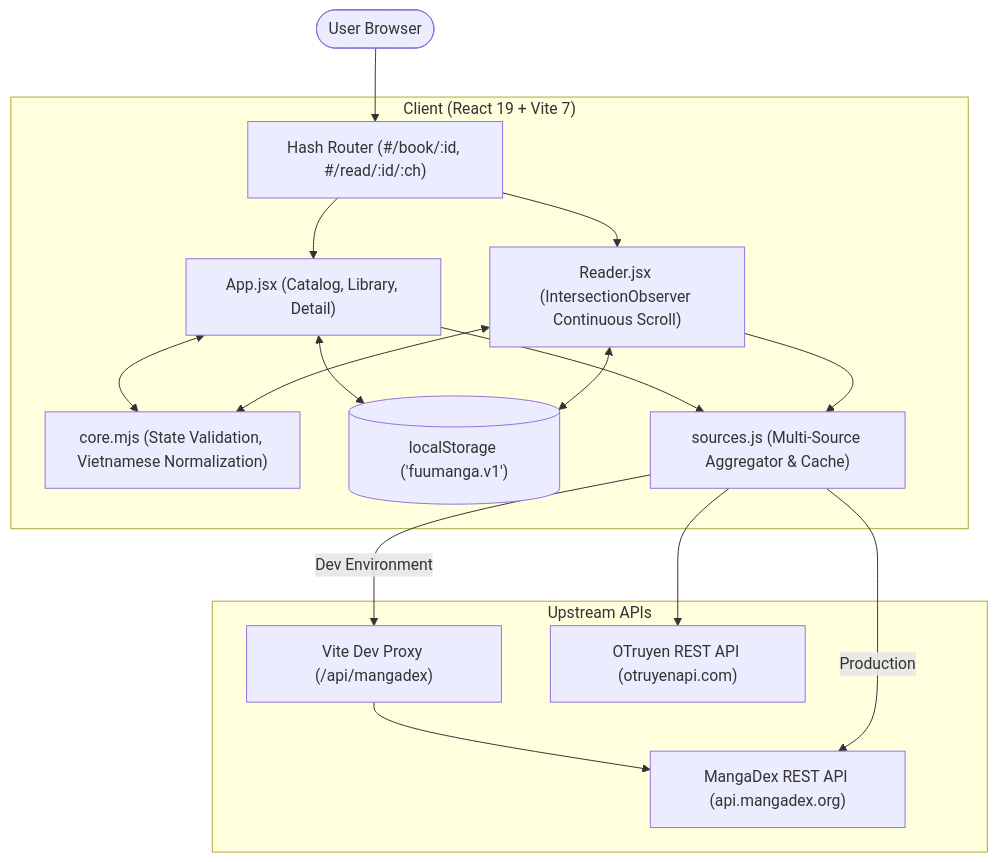
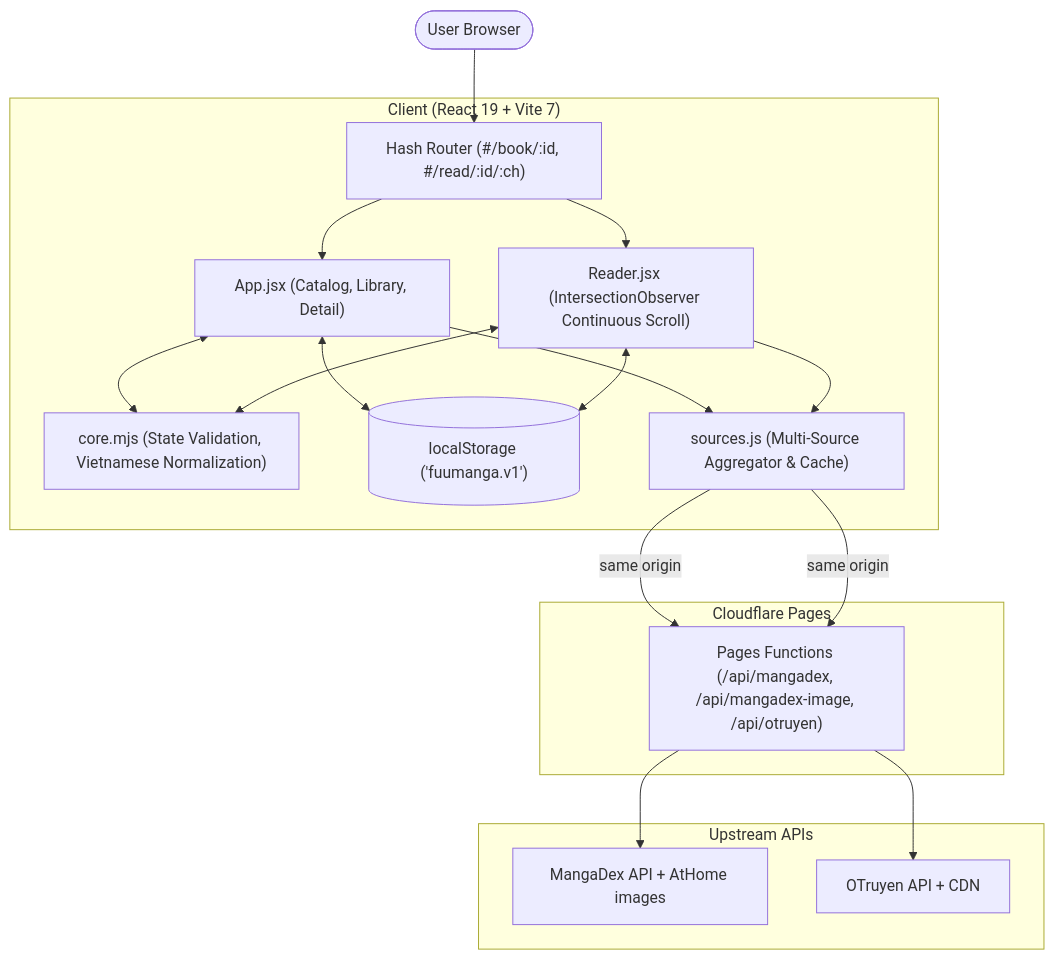
One commit to epauengi/FuuManga changed the diagram in README.md. Above: the diagram before and after it, drawn with Mermaid. The commit also changed other lines of this file and 13 other files, not shown here.

First line of the commit message:
fix(api): restore live manga loading via Cloudflare Pages

````diff
--- a/README.md
+++ b/README.md
@@ -69,32 +70,34 @@
 ```mermaid
 flowchart TD
     User([User Browser])
     
     subgraph Client ["Client (React 19 + Vite 7)"]
         Router["Hash Router (#/book/:id, #/read/:id/:ch)"]
         App["App.jsx (Catalog, Library, Detail)"]
         Reader["Reader.jsx (IntersectionObserver Continuous Scroll)"]
         Core["core.mjs (State Validation, Vietnamese Normalization)"]
         Storage[("localStorage ('fuumanga.v1')")]
         Sources["sources.js (Multi-Source Aggregator & Cache)"]
     end
 
+    subgraph Edge ["Cloudflare Pages"]
+        Proxy["Pages Functions (/api/mangadex, /api/mangadex-image, /api/otruyen)"]
+    end
+
     subgraph Upstream ["Upstream APIs"]
-        MDProxy["Vite Dev Proxy (/api/mangadex)"]
-        MangaDex["MangaDex REST API (api.mangadex.org)"]
-        OTruyen["OTruyen REST API (otruyenapi.com)"]
+        MangaDex["MangaDex API + AtHome images"]
+        OTruyen["OTruyen API + CDN"]
     end
 
     User --> Router
     Router --> App
     Router --> Reader
     App <--> Core
     App <--> Storage
     Reader <--> Core
     Reader <--> Storage
     App --> Sources
     Reader --> Sources
-    Sources -->|Dev Environment| MDProxy --> MangaDex
-    Sources -->|Production| MangaDex
-    Sources --> OTruyen
+    Sources -->|same origin| Proxy --> MangaDex
+    Sources -->|same origin| Proxy --> OTruyen
 ```
````
